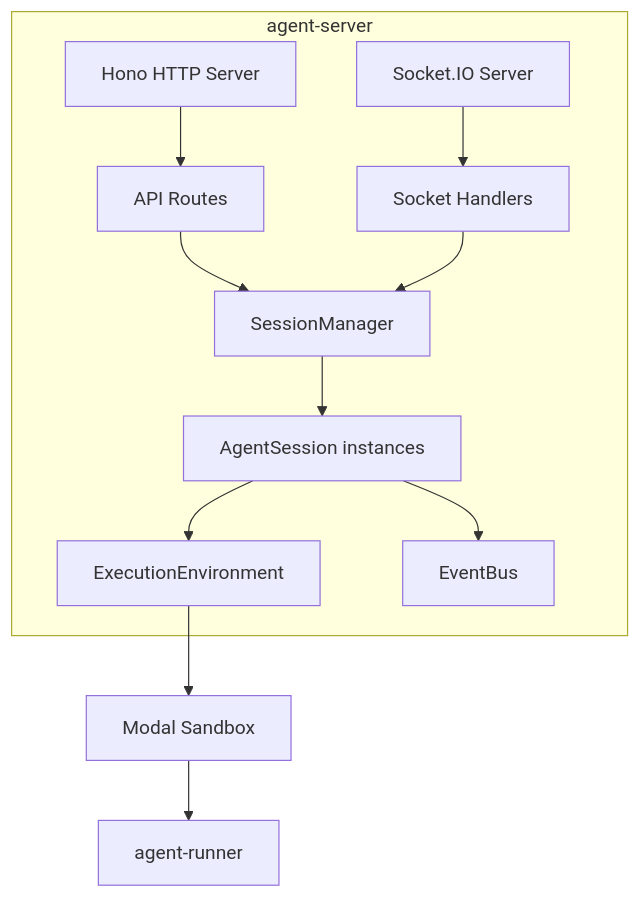
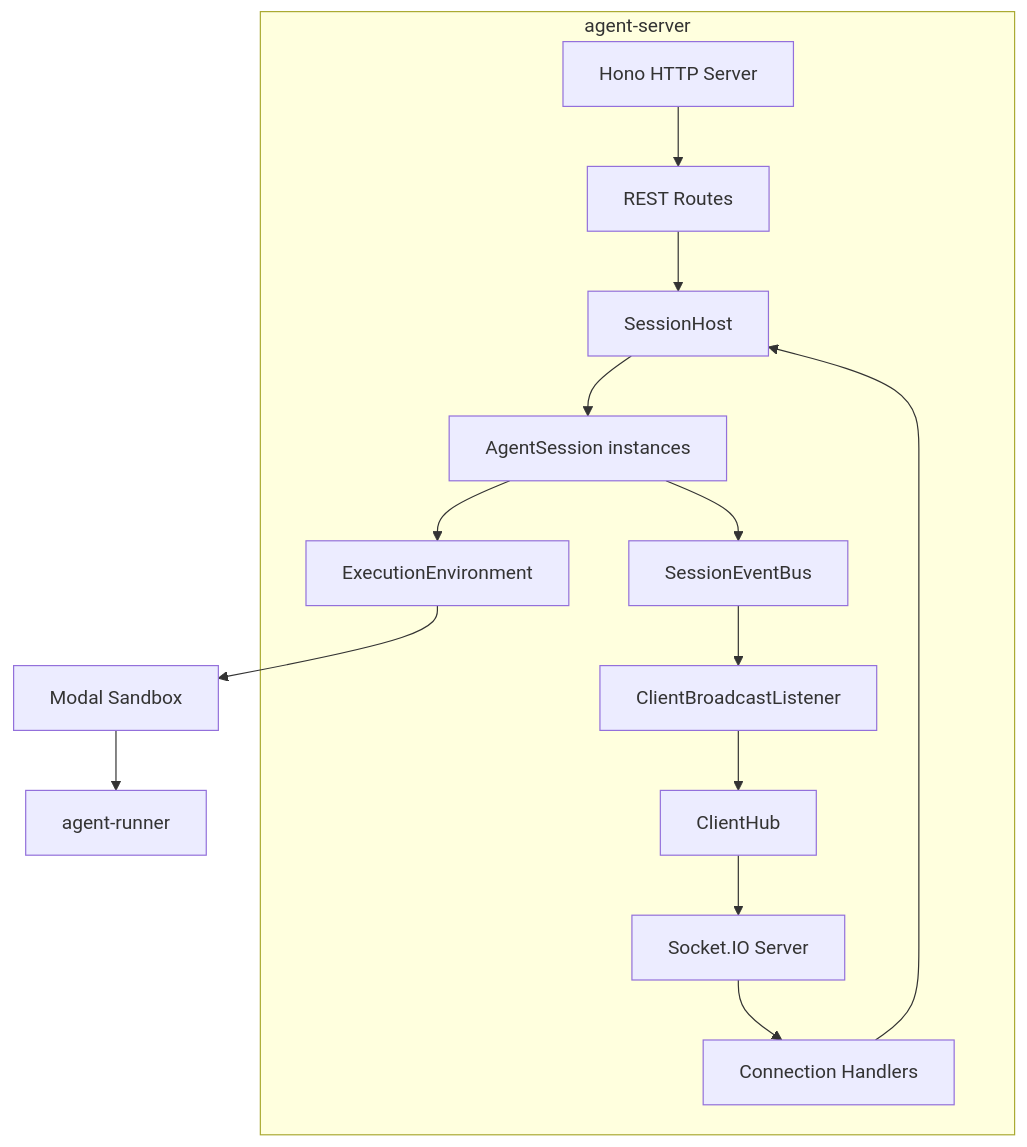
The diagram in docs/packages/agent-server.md (hhopkins95/ai-systems), drawn with Mermaid before and after one commit. The commit also changed other lines of this file and 6 other files, not shown here.

First line of the commit message:
Enhance documentation and architecture for session management and event handling

````diff
--- a/docs/packages/agent-server.md
+++ b/docs/packages/agent-server.md
@@ -15,20 +15,23 @@
 ```mermaid
 flowchart TB
     subgraph agent-server
         HTTP[Hono HTTP Server]
         WS[Socket.IO Server]
 
-        HTTP --> Routes[API Routes]
-        WS --> Handlers[Socket Handlers]
+        HTTP --> Routes[REST Routes]
+        WS --> Handlers[Connection Handlers]
 
-        Routes --> SM[SessionManager]
-        Handlers --> SM
+        Routes --> SH[SessionHost]
+        Handlers --> SH
 
-        SM --> Sessions[AgentSession instances]
+        SH --> Sessions[AgentSession instances]
         Sessions --> EE[ExecutionEnvironment]
-        Sessions --> EB[EventBus]
+        Sessions --> SEB[SessionEventBus]
+        SEB --> CBL[ClientBroadcastListener]
+        CBL --> CH[ClientHub]
     end
 
     EE --> Modal[Modal Sandbox]
     Modal --> Runner[agent-runner]
+    CH --> WS
 ```
````
